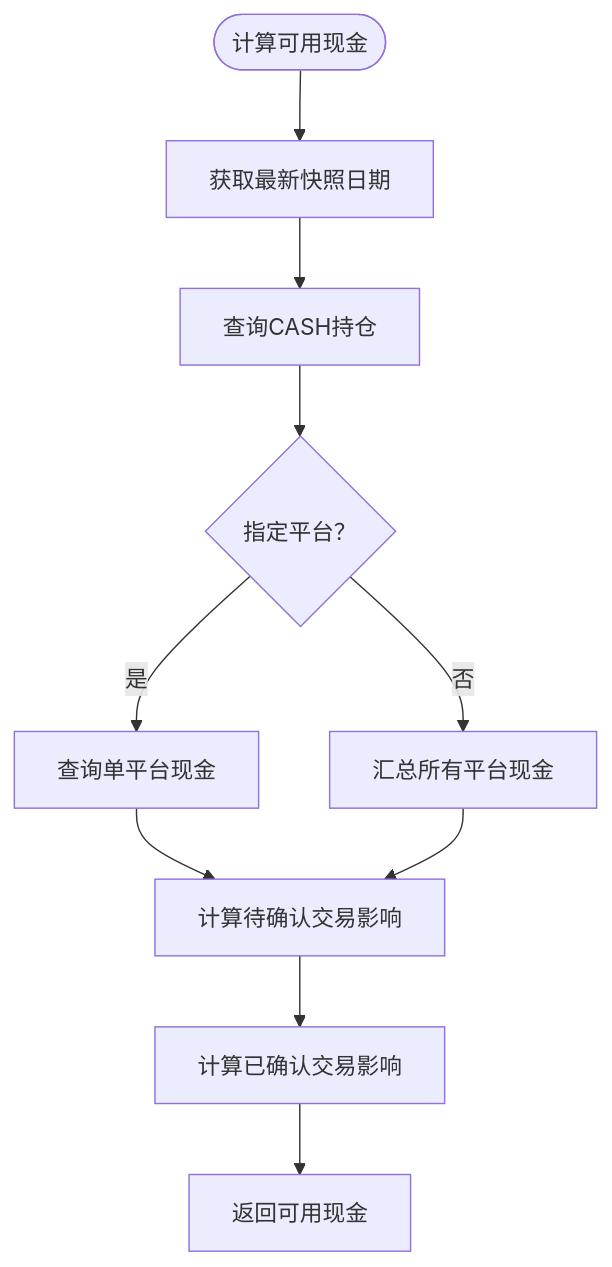
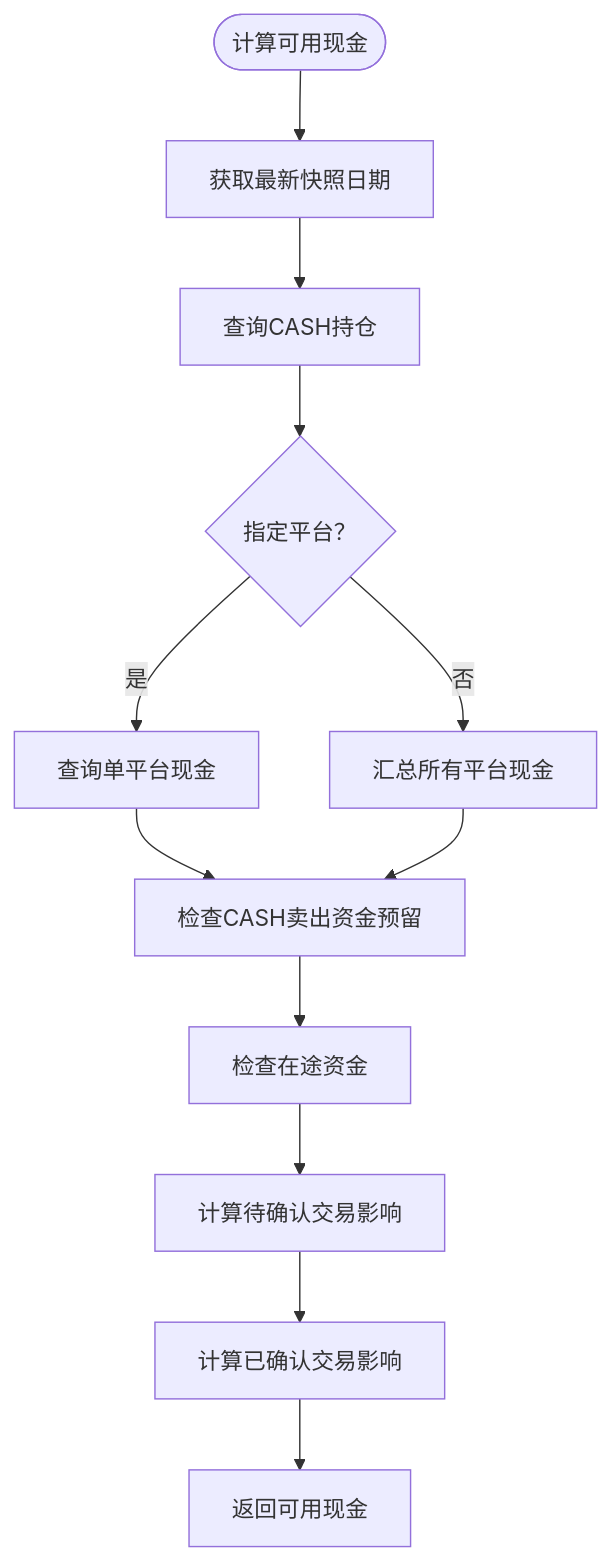
One commit to gujialind/InvestRing changed diagram 15 of 17 in .qoder/repowiki/zh/content/核心业务功能/交易处理.md. Above: the diagram before and after it, drawn with Mermaid. The commit also changed other lines of this file and 64 other files, not shown here.

````diff
--- a/.qoder/repowiki/zh/content/核心业务功能/交易处理.md
+++ b/.qoder/repowiki/zh/content/核心业务功能/交易处理.md
@@ -599,12 +703,14 @@
 ```mermaid
 flowchart TD
 Start(["计算可用现金"]) --> GetLatest["获取最新快照日期"]
 GetLatest --> QueryCash["查询CASH持仓"]
 QueryCash --> PlatformFilter{"指定平台？"}
 PlatformFilter --> |是| SinglePlat["查询单平台现金"]
 PlatformFilter --> |否| AllPlats["汇总所有平台现金"]
-SinglePlat --> CalcPending["计算待确认交易影响"]
-AllPlats --> CalcPending
+SinglePlat --> CheckReserve["检查CASH卖出资金预留"]
+AllPlats --> CheckReserve
+CheckReserve --> CheckInTransit["检查在途资金"]
+CheckInTransit --> CalcPending["计算待确认交易影响"]
 CalcPending --> CalcConfirmed["计算已确认交易影响"]
 CalcConfirmed --> Result["返回可用现金"]
 ```
````
